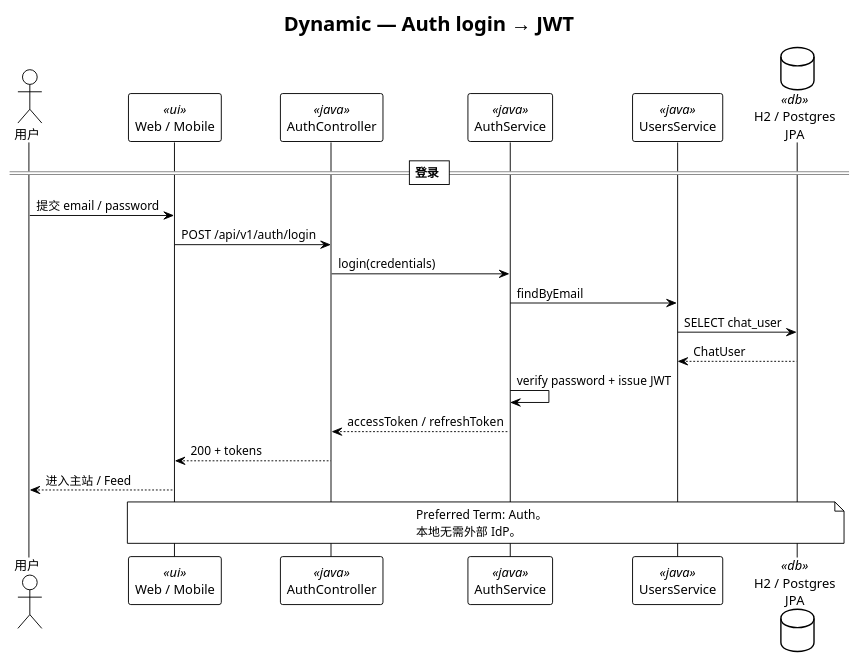
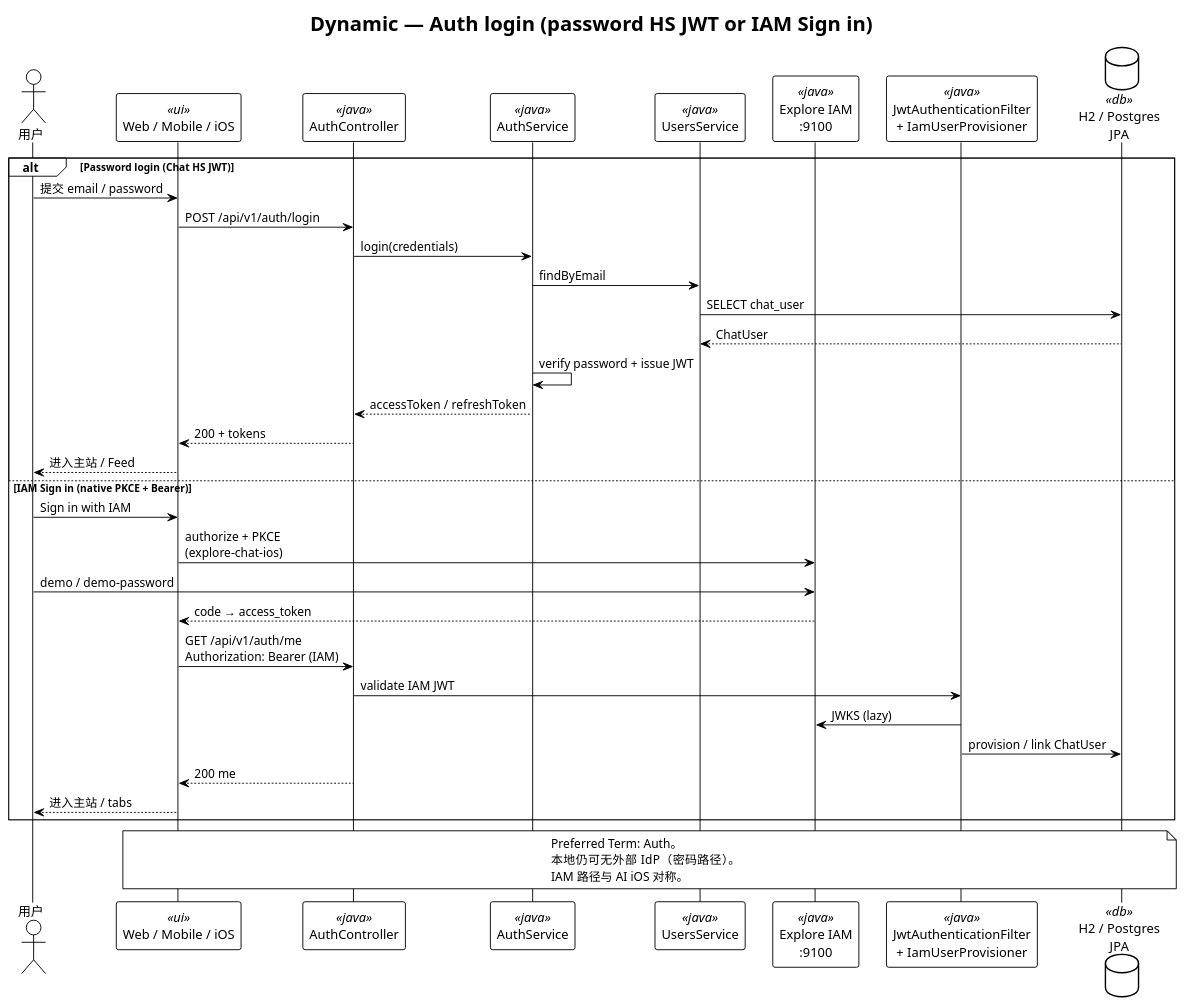
Before and after one commit to felixzhu97/explore-chat: the diagram in docs/developer/c4-model/C4-Dynamic-Auth-Login.puml, drawn with PlantUML. The commit also changed 16 other files, not shown here.

First line of the commit message:
Document Explore IAM sign-in alongside password auth in C4 (#138)

```diff
--- a/docs/developer/c4-model/C4-Dynamic-Auth-Login.puml
+++ b/docs/developer/c4-model/C4-Dynamic-Auth-Login.puml
@@ -1,32 +1,47 @@
 @startuml C4-Dynamic-Auth-Login
 !theme plain
 skinparam backgroundColor #FFFFFF
 skinparam shadowing false
 
-title Dynamic — Auth login → JWT
+title Dynamic — Auth login (password HS JWT or IAM Sign in)
 
 actor "用户" as user
-participant "Web / Mobile" as ui <<ui>>
+participant "Web / Mobile / iOS" as ui <<ui>>
 participant "AuthController" as authCtrl <<java>>
 participant "AuthService" as authSvc <<java>>
 participant "UsersService" as usersSvc <<java>>
+participant "Explore IAM\n:9100" as iam <<java>>
+participant "JwtAuthenticationFilter\n+ IamUserProvisioner" as jwt <<java>>
 database "H2 / Postgres\nJPA" as db <<db>>
 
-== 登录 ==
-user -> ui : 提交 email / password
-ui -> authCtrl : POST /api/v1/auth/login
-authCtrl -> authSvc : login(credentials)
-authSvc -> usersSvc : findByEmail
-usersSvc -> db : SELECT chat_user
-db --> usersSvc : ChatUser
-authSvc -> authSvc : verify password + issue JWT
-authSvc --> authCtrl : accessToken / refreshToken
-authCtrl --> ui : 200 + tokens
-ui --> user : 进入主站 / Feed
+alt Password login (Chat HS JWT)
+  user -> ui : 提交 email / password
+  ui -> authCtrl : POST /api/v1/auth/login
+  authCtrl -> authSvc : login(credentials)
+  authSvc -> usersSvc : findByEmail
+  usersSvc -> db : SELECT chat_user
+  db --> usersSvc : ChatUser
+  authSvc -> authSvc : verify password + issue JWT
+  authSvc --> authCtrl : accessToken / refreshToken
+  authCtrl --> ui : 200 + tokens
+  ui --> user : 进入主站 / Feed
+else IAM Sign in (native PKCE + Bearer)
+  user -> ui : Sign in with IAM
+  ui -> iam : authorize + PKCE\n(explore-chat-ios)
+  user -> iam : demo / demo-password
+  iam --> ui : code → access_token
+  ui -> authCtrl : GET /api/v1/auth/me\nAuthorization: Bearer (IAM)
+  authCtrl -> jwt : validate IAM JWT
+  jwt -> iam : JWKS (lazy)
+  jwt -> db : provision / link ChatUser
+  authCtrl --> ui : 200 me
+  ui --> user : 进入主站 / tabs
+end
 
 note over ui, db
   Preferred Term: Auth。
-  本地无需外部 IdP。
+  本地仍可无外部 IdP（密码路径）。
+  IAM 路径与 AI iOS 对称。
 end note
 
 @enduml
```
